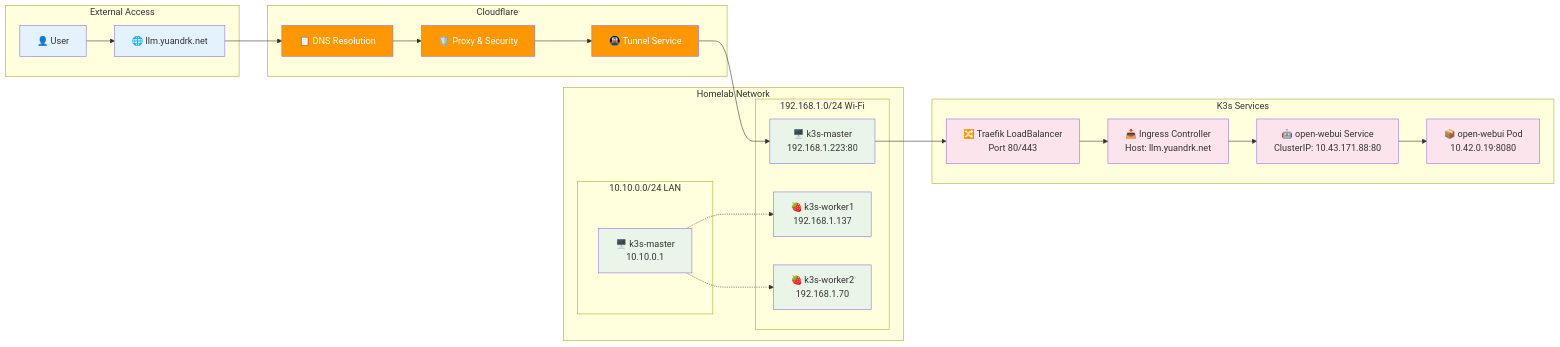
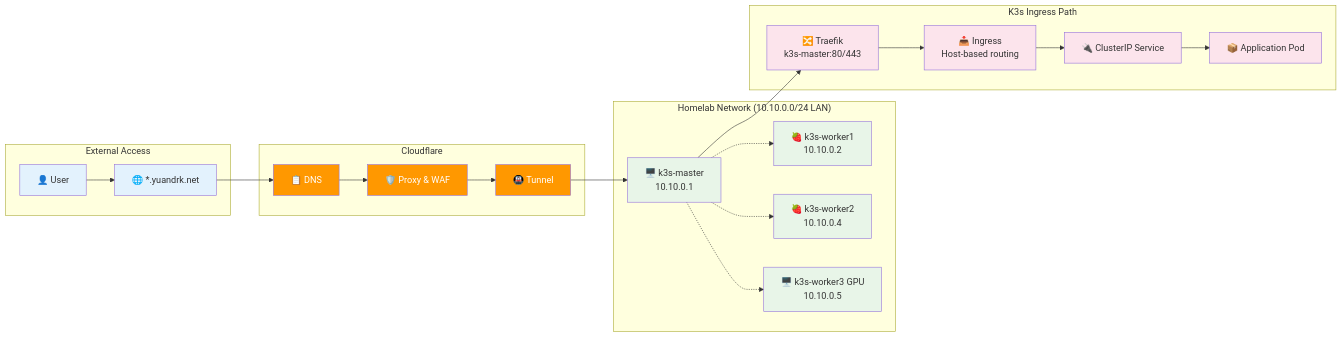
One commit to yuandrk/homelabops changed the second of 6 diagrams in docs/architecture-diagrams.md. Above: the diagram before and after it, drawn with Mermaid. The commit also changed other lines of this file, not shown here.

First line of the commit message:
docs(architecture): correct diagrams to reflect current cluster

````diff
--- a/docs/architecture-diagrams.md
+++ b/docs/architecture-diagrams.md
@@ -153,59 +171,55 @@
 ```mermaid
 flowchart LR
     subgraph "External Access"
         User[👤 User]
-        Domain[🌐 llm.yuandrk.net]
+        Domain[🌐 *.yuandrk.net]
     end
 
     subgraph "Cloudflare"
-        CF_DNS[📋 DNS Resolution]
-        CF_Tunnel[🚇 Tunnel Service]
-        CF_Proxy[🛡️ Proxy & Security]
+        CF_DNS[📋 DNS]
+        CF_Tunnel[🚇 Tunnel]
+        CF_Proxy[🛡️ Proxy & WAF]
     end
 
-    subgraph "Homelab Network"
-        subgraph "10.10.0.0/24 LAN"
-            Master_LAN[🖥️ k3s-master<br/>10.10.0.1]
-        end
-        
-        subgraph "192.168.1.0/24 Wi-Fi"
-            Master_WiFi[🖥️ k3s-master<br/>192.168.1.223:80]
-            Worker1_WiFi[🍓 k3s-worker1<br/>192.168.1.137]
-            Worker2_WiFi[🍓 k3s-worker2<br/>192.168.1.70]
-        end
+    subgraph "Homelab Network (10.10.0.0/24 LAN)"
+        Master_Node[🖥️ k3s-master<br/>10.10.0.1]
+        Worker1_Node[🍓 k3s-worker1<br/>10.10.0.2]
+        Worker2_Node[🍓 k3s-worker2<br/>10.10.0.4]
+        Worker3_Node[🖥️ k3s-worker3 GPU<br/>10.10.0.5]
     end
 
-    subgraph "K3s Services"
-        Traefik_LB[🔀 Traefik LoadBalancer<br/>Port 80/443]
-        Ingress[📥 Ingress Controller<br/>Host: llm.yuandrk.net]
-        OpenWebUI_Svc[🤖 open-webui Service<br/>ClusterIP: 10.43.171.88:80]
-        OpenWebUI_Pod[📦 open-webui Pod<br/>10.42.0.19:8080]
+    subgraph "K3s Ingress Path"
+        Traefik_LB[🔀 Traefik<br/>k3s-master:80/443]
+        Ingress[📥 Ingress<br/>Host-based routing]
+        Service[🔌 ClusterIP Service]
+        Pod[📦 Application Pod]
     end
 
     %% External flow
     User --> Domain
     Domain --> CF_DNS
     CF_DNS --> CF_Proxy
     CF_Proxy --> CF_Tunnel
-    CF_Tunnel --> Master_WiFi
+    CF_Tunnel --> Master_Node
 
     %% Internal K3s flow
-    Master_WiFi --> Traefik_LB
+    Master_Node --> Traefik_LB
     Traefik_LB --> Ingress
-    Ingress --> OpenWebUI_Svc
-    OpenWebUI_Svc --> OpenWebUI_Pod
+    Ingress --> Service
+    Service --> Pod
 
-    %% Node communication
-    Master_LAN -.-> Worker1_WiFi
-    Master_LAN -.-> Worker2_WiFi
+    %% Cluster network
+    Master_Node -.-> Worker1_Node
+    Master_Node -.-> Worker2_Node
+    Master_Node -.-> Worker3_Node
 
     classDef external fill:#e3f2fd
     classDef cloudflare fill:#ff9800,color:#fff
     classDef network fill:#e8f5e8
     classDef k3s fill:#fce4ec
 
     class User,Domain external
     class CF_DNS,CF_Tunnel,CF_Proxy cloudflare
-    class Master_LAN,Master_WiFi,Worker1_WiFi,Worker2_WiFi network
-    class Traefik_LB,Ingress,OpenWebUI_Svc,OpenWebUI_Pod k3s
+    class Master_Node,Worker1_Node,Worker2_Node,Worker3_Node network
+    class Traefik_LB,Ingress,Service,Pod k3s
 ```
````
